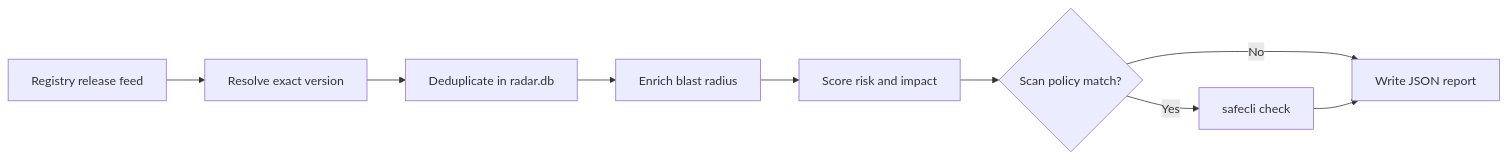
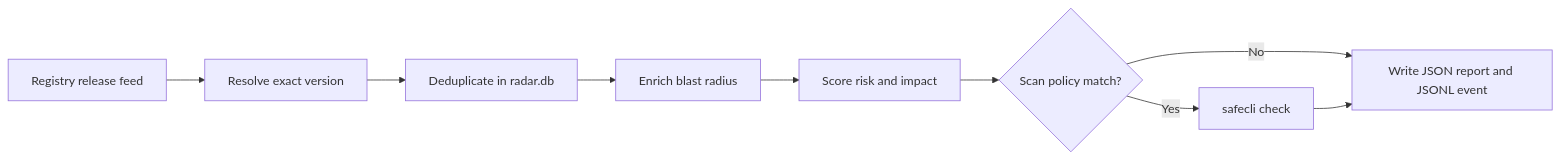
One commit to dumko2001/safecli-release-radar changed the diagram in README.md. Above: the diagram before and after it, drawn with Mermaid. The commit also changed other lines of this file and 6 other files, not shown here.

````diff
--- a/README.md
+++ b/README.md
@@ -136,11 +153,11 @@
 ```mermaid
 flowchart LR
     A["Registry release feed"] --> B["Resolve exact version"]
     B --> C["Deduplicate in radar.db"]
     C --> D["Enrich blast radius"]
     D --> E["Score risk and impact"]
     E --> F{"Scan policy match?"}
-    F -- "No" --> G["Write JSON report"]
+    F -- "No" --> G["Write JSON report and JSONL event"]
     F -- "Yes" --> H["safecli check"]
     H --> G
 ```
````
